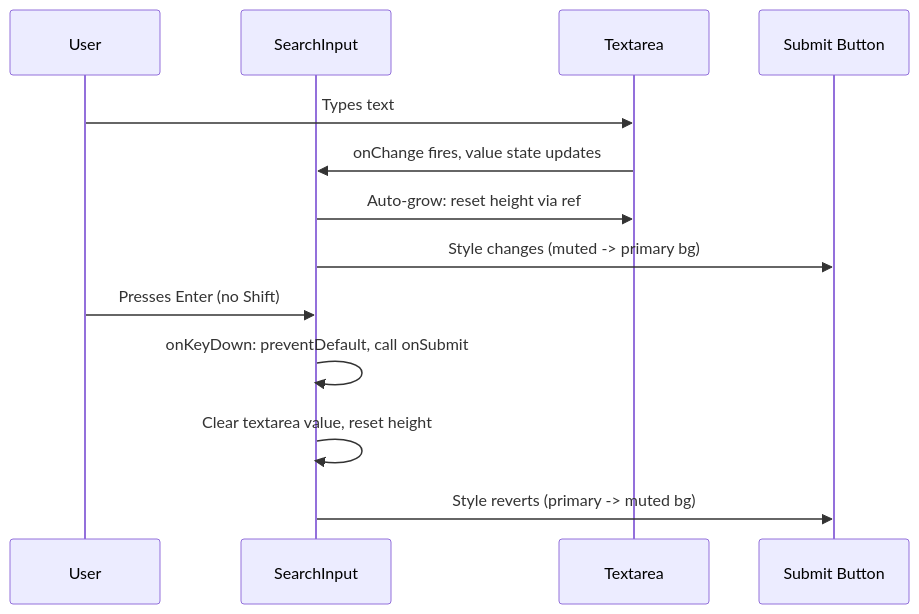
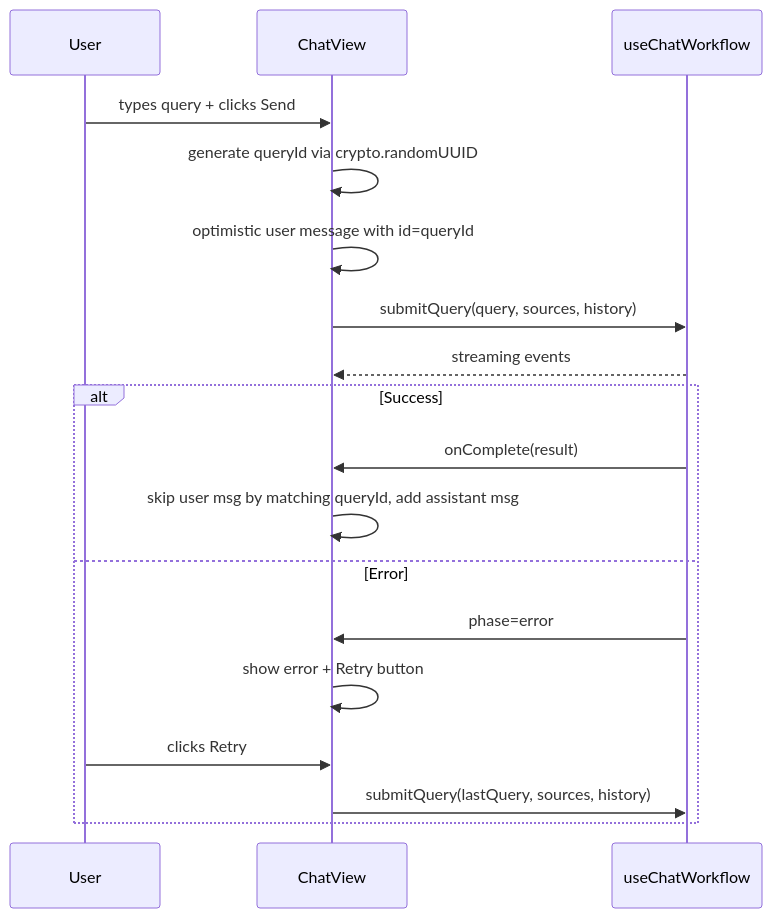
Before and after one commit to OpenMined/syfthub: the third of 3 diagrams in .claude/IMPLEMENTATION_PLAN.md, drawn with Mermaid. The commit also changed other lines of this file and 9 other files, not shown here.

Commit message:
fix: address 19 UI review issues in chat interface: improve ARIA roles, fix auto-grow, replace icons, fix hover-card positioning, refactor state handling, and enhance accessibility

````diff
--- a/.claude/IMPLEMENTATION_PLAN.md
+++ b/.claude/IMPLEMENTATION_PLAN.md
@@ -59,16 +82,22 @@
 ```mermaid
 sequenceDiagram
     participant U as User
-    participant SI as SearchInput
-    participant TA as Textarea
-    participant Btn as Submit Button
+    participant CV as ChatView
+    participant WF as useChatWorkflow
 
-    U->>TA: Types text
-    TA->>SI: onChange fires, value state updates
-    SI->>TA: Auto-grow: reset height via ref
-    SI->>Btn: Style changes (muted -> primary bg)
-    U->>SI: Presses Enter (no Shift)
-    SI->>SI: onKeyDown: preventDefault, call onSubmit
-    SI->>SI: Clear textarea value, reset height
-    SI->>Btn: Style reverts (primary -> muted bg)
+    U->>CV: types query + clicks Send
+    CV->>CV: generate queryId via crypto.randomUUID
+    CV->>CV: optimistic user message with id=queryId
+    CV->>WF: submitQuery(query, sources, history)
+    WF-->>CV: streaming events
+
+    alt Success
+        WF->>CV: onComplete(result)
+        CV->>CV: skip user msg by matching queryId, add assistant msg
+    else Error
+        WF->>CV: phase=error
+        CV->>CV: show error + Retry button
+        U->>CV: clicks Retry
+        CV->>WF: submitQuery(lastQuery, sources, history)
+    end
 ```
````
